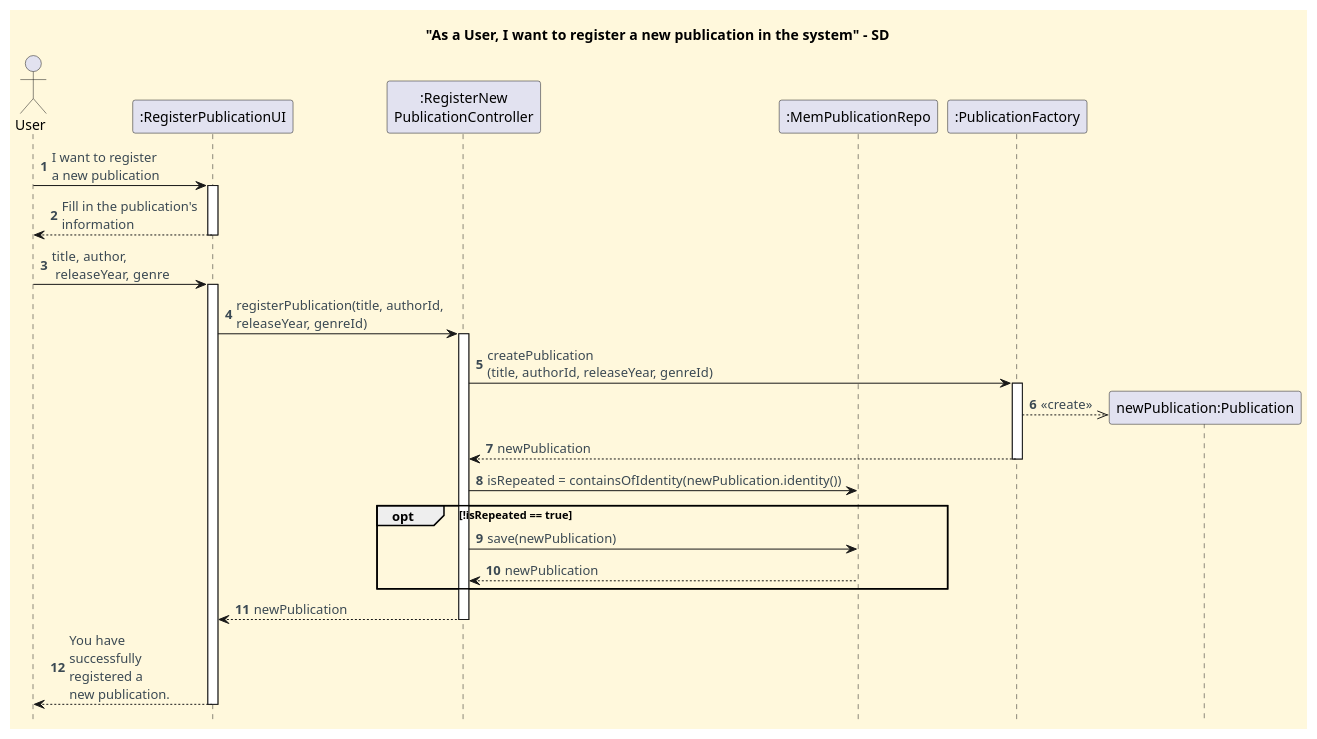
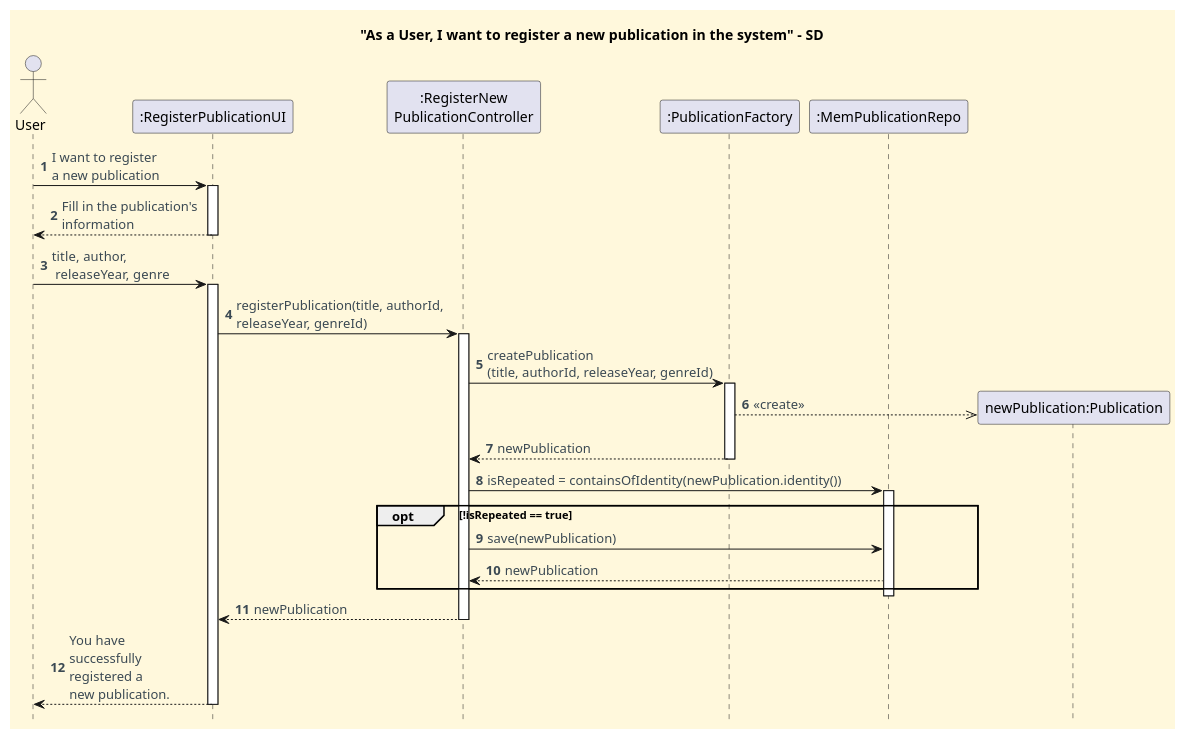
The diagram in docs/functionalities/user/register-new-publication/Register_New_Publication_SD.puml (CarolinaLeite-collab/JavaMarketplacePlatform), drawn with PlantUML before and after one commit.

Commit message:
docs: Minor update to Publication SD diagram to remove relation between factory and MemRepo (closes #600)

```diff
--- a/docs/functionalities/user/register-new-publication/Register_New_Publication_SD.puml
+++ b/docs/functionalities/user/register-new-publication/Register_New_Publication_SD.puml
@@ -1,60 +1,61 @@
 @startuml
 title "As a User, I want to register a new publication in the system" - SD
 
 '==== basic style ====
 skinparam monochrome false
 skinparam shadowing false
 skinparam defaultFontName Futura
 skinparam objectFontSize 20
 skinparam backgroundColor CornSilk
 skinparam objectBackgroundColor WhiteSmoke
 skinparam noteBackgroundColor #FFFFE0
 skinparam ArrowFontColor #3B4953
 skinparam ActivationBackgroundColor black
 hidefootbox
 autonumber
 
 ' --- Actor and participants ---
 actor User
 participant ":RegisterPublicationUI" as UI
 participant ":RegisterNew\nPublicationController" as Ctl
+participant ":PublicationFactory" as PF
 participant ":MemPublicationRepo" as PR
-participant ":PublicationFactory" as PF
 
 ' --- UI interaction ---
 User -> UI: I want to register \na new publication
 activate UI
 UI --> User: Fill in the publication's \ninformation
 deactivate UI
 
 User -> UI: title, author, \n releaseYear, genre
 activate UI
 
 ' --- Use case execution ---
 UI -> Ctl: registerPublication(title, authorId, \nreleaseYear, genreId)
 activate Ctl
 
 
 ' --- Creation  ---
 Ctl -> PF: createPublication\n(title, authorId, releaseYear, genreId)
 activate PF
 create "newPublication:Publication"
 PF -->> "newPublication:Publication": <<create>>
 PF --> Ctl: newPublication
 deactivate PF
 
 ' --- Duplication check ---
 Ctl -> PR : isRepeated = containsOfIdentity(newPublication.identity())
+activate PR
     opt !isRepeated == true
             Ctl -> PR: save(newPublication)
 PR --> Ctl: newPublication
     end
 
 deactivate PR
 
 Ctl --> UI: newPublication
 deactivate Ctl
 
 UI --> User: You have \nsuccessfully \nregistered a \nnew publication.
 deactivate UI
 @enduml
```
